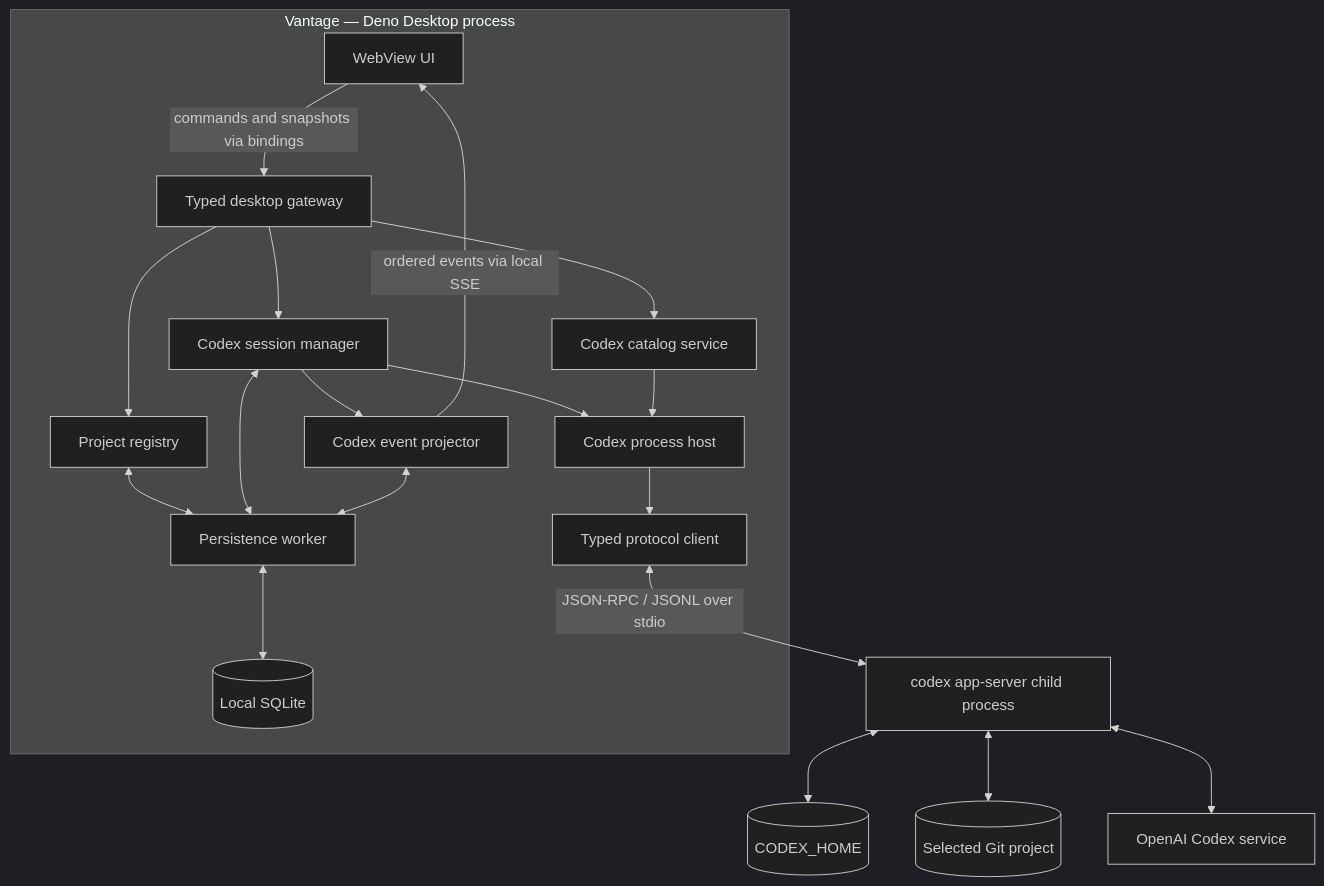
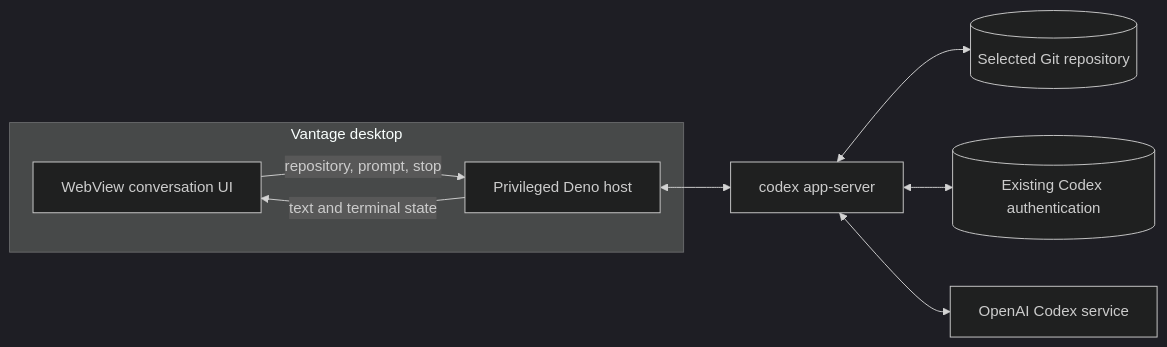
Before and after one commit to mabrax/vantage: the first of 2 diagrams in docs/architecture/README.md, drawn with Mermaid (dark theme). The commit also changed other lines of this file and 7 other files, not shown here.

````diff
--- a/docs/architecture/README.md
+++ b/docs/architecture/README.md
@@ -40,39 +38,20 @@
 ```mermaid
-flowchart TB
-    subgraph Desktop["Vantage — Deno Desktop process"]
-        UI["WebView UI"]
-        GATEWAY["Typed desktop gateway"]
-        PROJECTS["Project registry"]
-        CATALOG["Codex catalog service"]
-        SESSIONS["Codex session manager"]
-        HOST["Codex process host"]
-        PROTOCOL["Typed protocol client"]
-        PROJECTOR["Codex event projector"]
-        PERSIST["Persistence worker"]
-        STORE[("Local SQLite")]
+flowchart LR
+    subgraph Desktop["Vantage desktop"]
+        UI["WebView conversation UI"]
+        HOST["Privileged Deno host"]
 
-        UI -->|"commands and snapshots via bindings"| GATEWAY
-        PROJECTOR -->|"ordered events via local SSE"| UI
-        GATEWAY --> PROJECTS
-        GATEWAY --> CATALOG
-        GATEWAY --> SESSIONS
-        PROJECTS <--> PERSIST
-        SESSIONS <--> PERSIST
-        PROJECTOR <--> PERSIST
-        PERSIST <--> STORE
-        SESSIONS --> PROJECTOR
-        SESSIONS --> HOST
-        CATALOG --> HOST
-        HOST --> PROTOCOL
+        UI -->|"repository, prompt, stop"| HOST
+        HOST -->|"text and terminal state"| UI
     end
 
-    CODEX["codex app-server child process"]
-    HOME[("CODEX_HOME")]
-    REPO[("Selected Git project")]
-    OPENAI["OpenAI Codex service"]
+    CODEX["codex app-server"]
+    REPO[("Selected Git repository")]
+    HOME[("Existing Codex authentication")]
+    SERVICE["OpenAI Codex service"]
 
-    PROTOCOL <-->|"JSON-RPC / JSONL over stdio"| CODEX
+    HOST <--> CODEX
+    CODEX <--> REPO
     CODEX <--> HOME
-    CODEX <--> REPO
-    CODEX <--> OPENAI
+    CODEX <--> SERVICE
 ```
````
